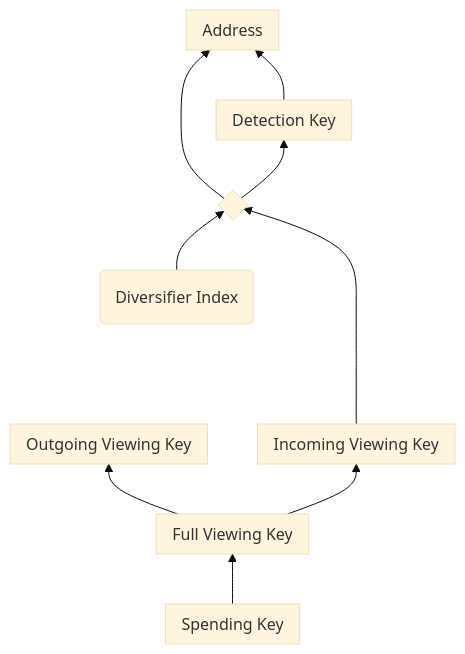
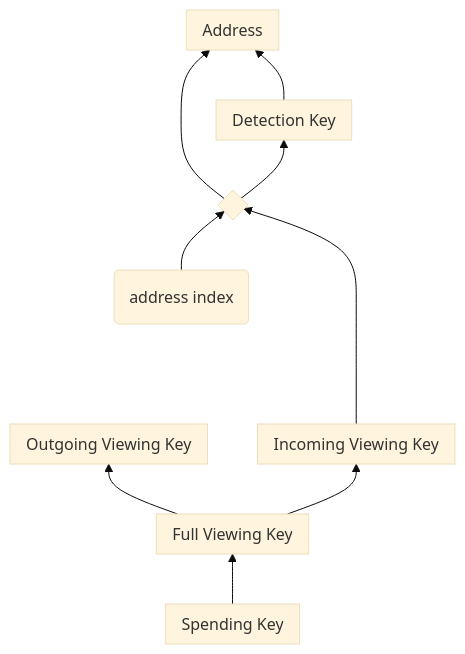
Before and after one commit to penumbra-zone/penumbra: the diagram in docs/protocol/src/concepts/addresses_keys.md, drawn with Mermaid (base theme). The commit also changed other lines of this file and 20 other files, not shown here.

Commit message:
rename diversifier index to address index (closes #945)

````diff
--- a/docs/protocol/src/concepts/addresses_keys.md
+++ b/docs/protocol/src/concepts/addresses_keys.md
@@ -7,27 +7,27 @@
 ```mermaid
 flowchart BT
     subgraph Address
     end;
     subgraph DTK[Detection Key]
     end;
     subgraph IVK[Incoming Viewing Key]
     end;
     subgraph OVK[Outgoing Viewing Key]
     end;
     subgraph FVK[Full Viewing Key]
     end;
     subgraph SK[Spending Key]
     end;
 
-    index(Diversifier Index);
+    index(address index);
     div{ };
 
     SK --> FVK;
     FVK --> OVK;
     FVK --> IVK;
 
     index --> div;
     IVK ----> div;
     div --> Address & DTK;
     DTK --> Address;
 ```
````
